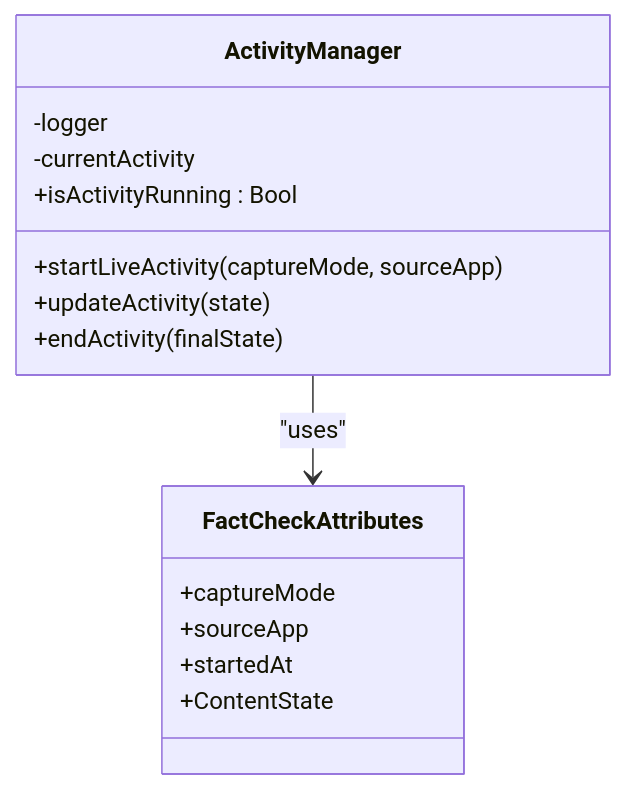
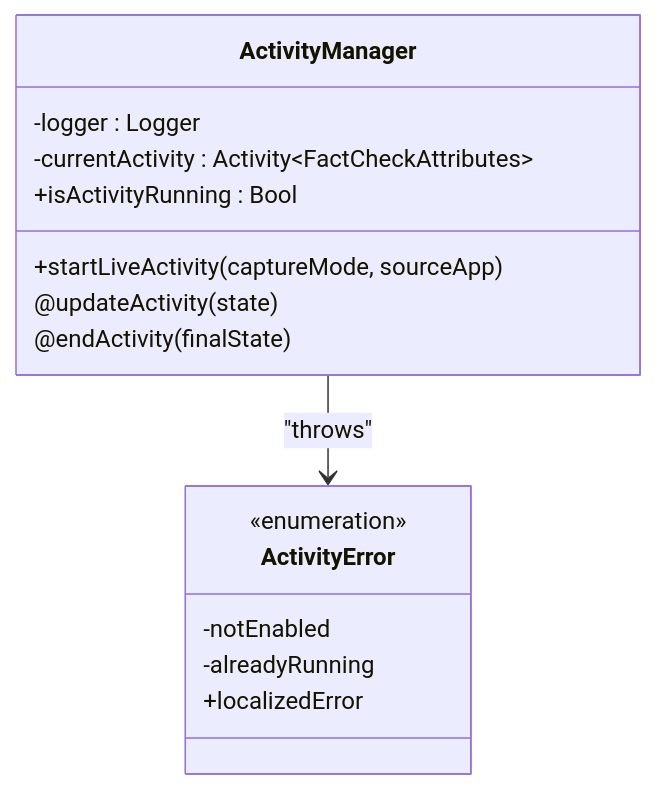
Before and after one commit to alexandreybasta-cyber/factshield-ios: the third of 9 diagrams in .qoder/repowiki/en/content/Live Activity Integration/Live Activity Integration.md, drawn with Mermaid. The commit also changed other lines of this file and 97 other files, not shown here.

````diff
--- a/.qoder/repowiki/en/content/Live Activity Integration/Live Activity Integration.md
+++ b/.qoder/repowiki/en/content/Live Activity Integration/Live Activity Integration.md
@@ -161,18 +176,18 @@
 ```mermaid
 classDiagram
 class ActivityManager {
--logger
--currentActivity
+-logger : Logger
+-currentActivity : Activity~FactCheckAttributes~
 +isActivityRunning : Bool
 +startLiveActivity(captureMode, sourceApp)
-+updateActivity(state)
-+endActivity(finalState)
+@updateActivity(state)
+@endActivity(finalState)
 }
-class FactCheckAttributes {
-+captureMode
-+sourceApp
-+startedAt
-+ContentState
+class ActivityError {
+<<enumeration>>
+-notEnabled
+-alreadyRunning
++localizedError
 }
-ActivityManager --> FactCheckAttributes : "uses"
+ActivityManager --> ActivityError : "throws"
 ```
````
